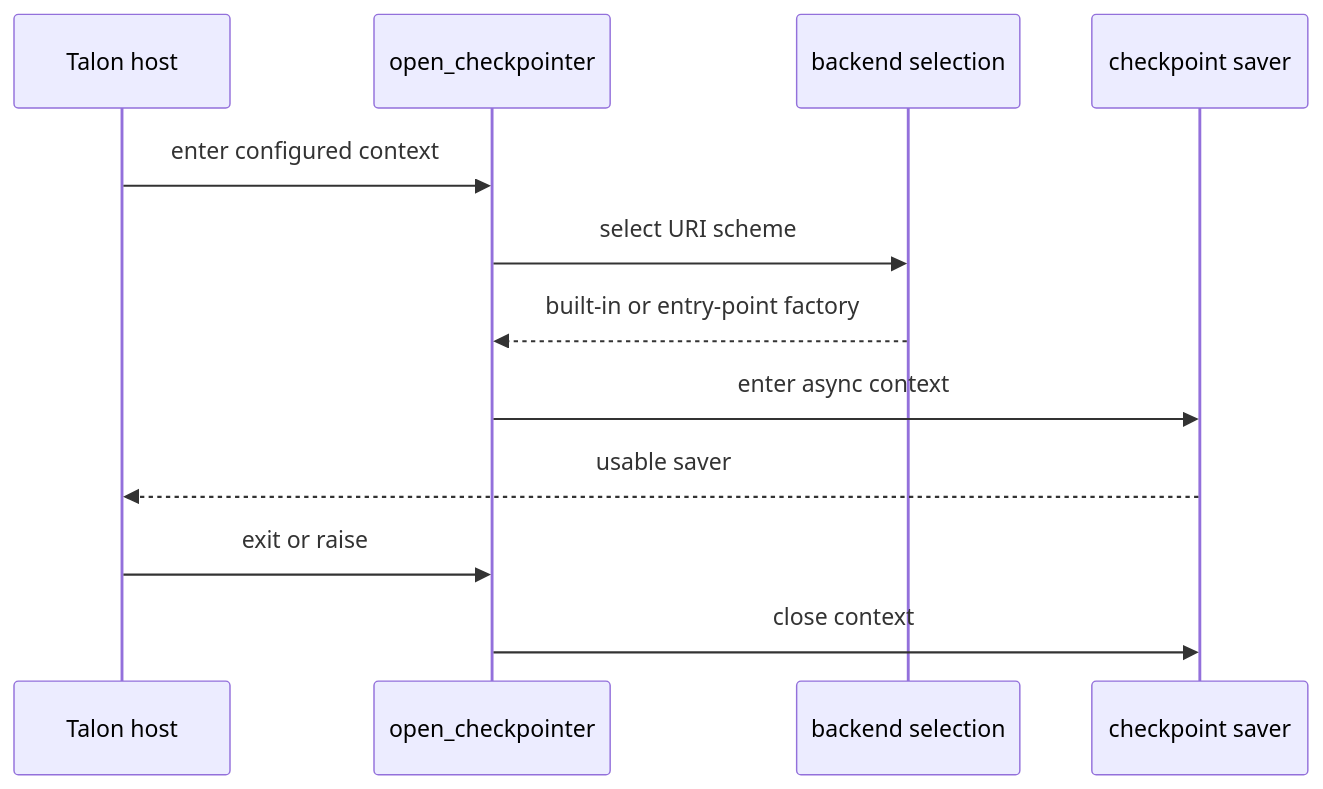
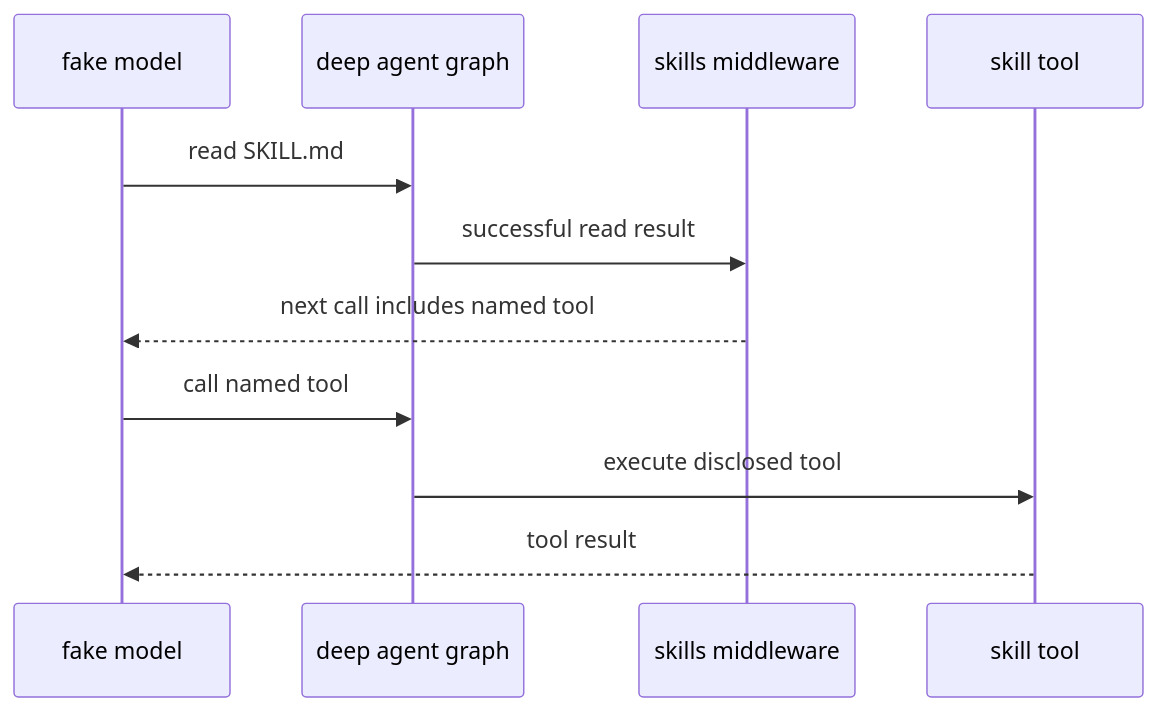
The first of 2 diagrams in openwiki/testing/testing-guide.md (langchain-ai/deepagents), drawn with Mermaid before and after one commit. The commit also changed other lines of this file and 47 other files, not shown here.

````diff
--- a/openwiki/testing/testing-guide.md
+++ b/openwiki/testing/testing-guide.md
@@ -79,14 +86,13 @@
 ```mermaid
 sequenceDiagram
-    participant Host as Talon host
-    participant Open as open_checkpointer
-    participant Select as backend selection
-    participant Saver as checkpoint saver
-    Host->>Open: enter configured context
-    Open->>Select: select URI scheme
-    Select-->>Open: built-in or entry-point factory
-    Open->>Saver: enter async context
-    Saver-->>Host: usable saver
-    Host->>Open: exit or raise
-    Open->>Saver: close context
+    participant Model as fake model
+    participant Agent as deep agent graph
+    participant Skills as skills middleware
+    participant Tool as skill tool
+    Model->>Agent: read SKILL.md
+    Agent->>Skills: successful read result
+    Skills-->>Model: next call includes named tool
+    Model->>Agent: call named tool
+    Agent->>Tool: execute disclosed tool
+    Tool-->>Model: tool result
 ```
````
